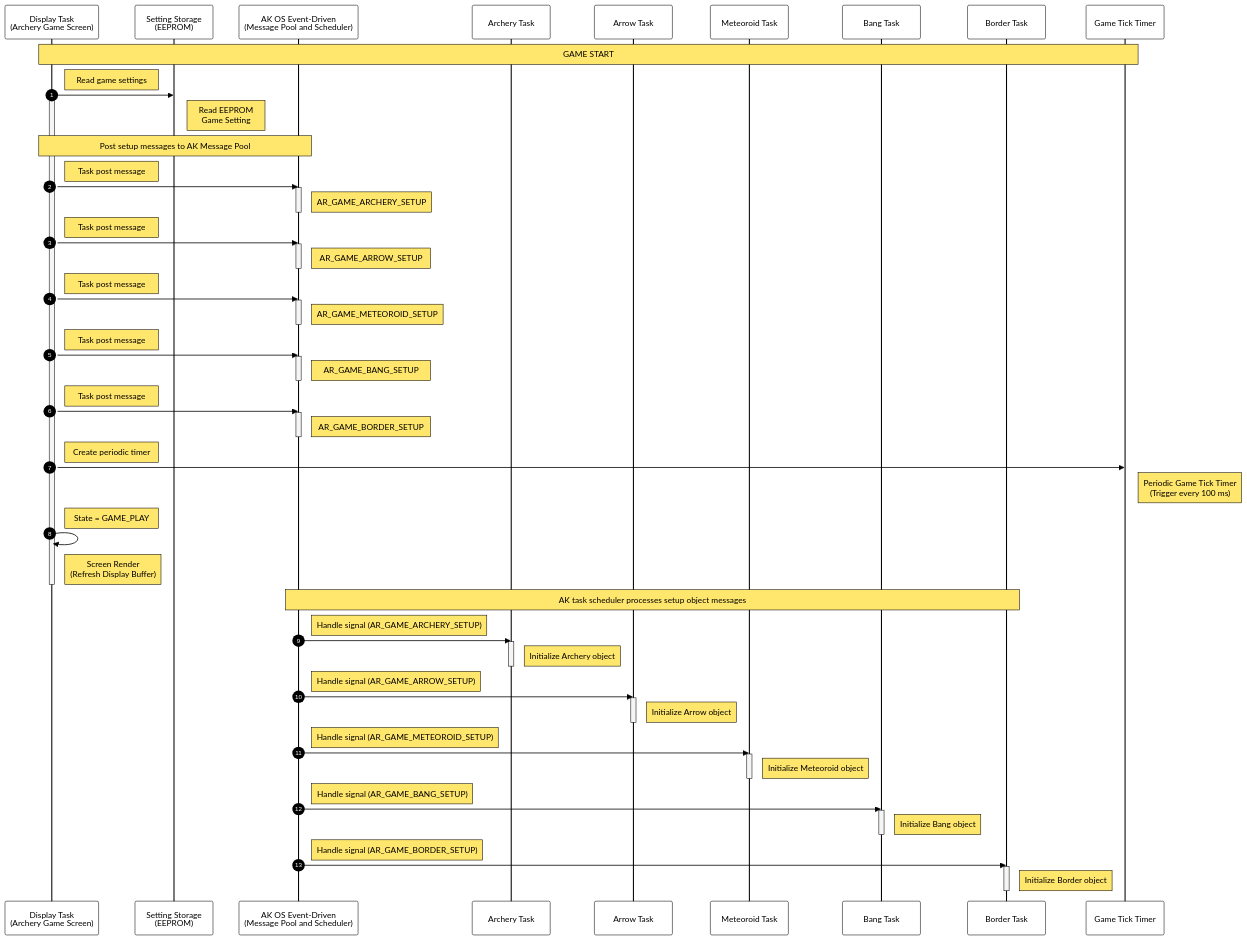
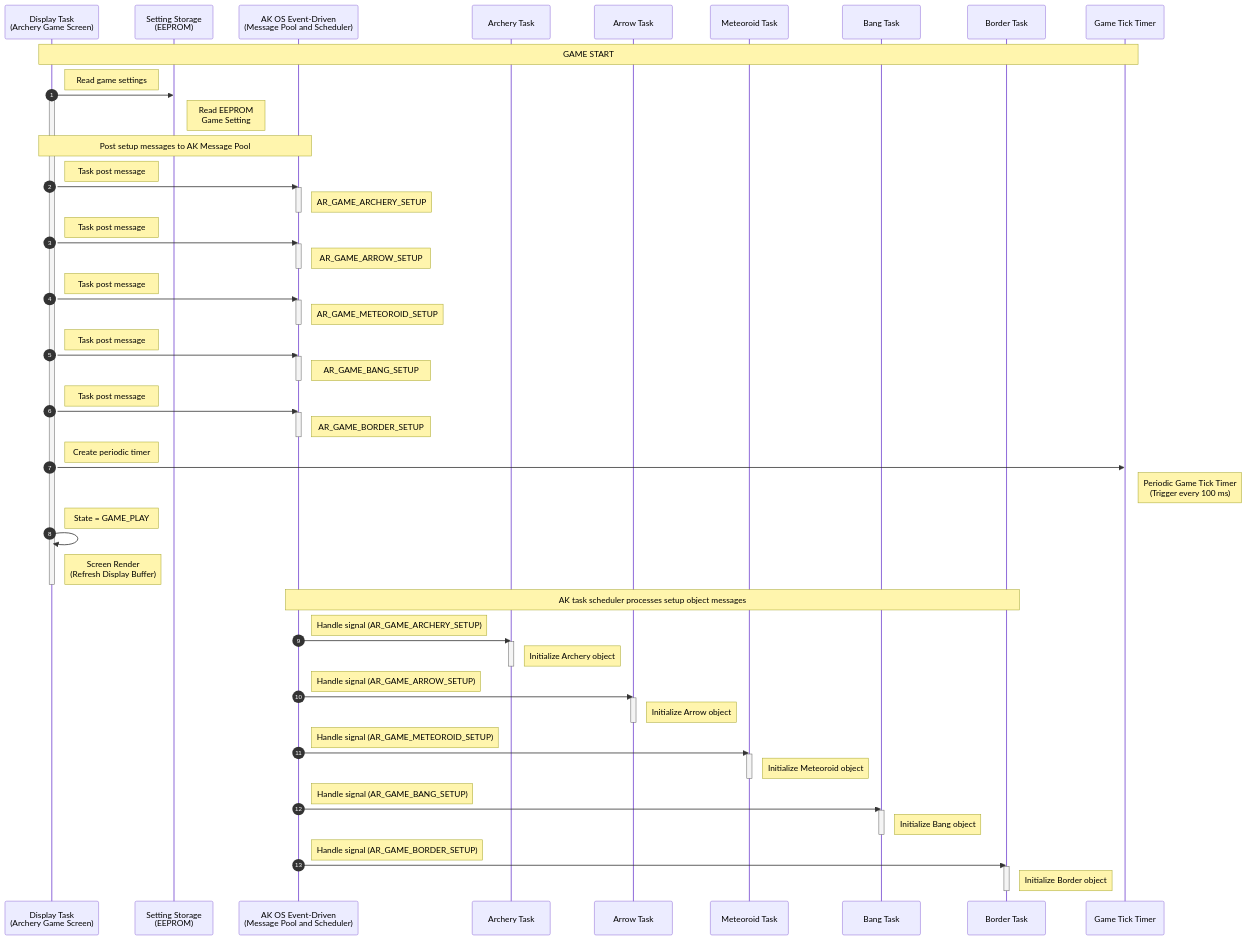
Before and after one commit to QuocBuu/archery_game: the first of 3 diagrams in docs/runtime-signal-processing.md, drawn with Mermaid. The commit also changed other lines of this file, not shown here.

Commit message:
[ADD] Update runtime-signal-processing.md

````diff
--- a/docs/runtime-signal-processing.md
+++ b/docs/runtime-signal-processing.md
@@ -44,34 +44,4 @@
 ```mermaid
-%%{
-  init: {
-    "theme": "base",
-    "themeVariables": {
-      "background": "#ffffff",
-      "primaryColor": "#ffffff",
-      "primaryTextColor": "#000000",
-      "primaryBorderColor": "#000000",
-      "secondaryColor": "#ffffff",
-      "secondaryTextColor": "#000000",
-      "secondaryBorderColor": "#000000",
-      "tertiaryColor": "#fff8b3",
-      "lineColor": "#000000",
-      "textColor": "#000000",
-      "noteBkgColor": "#ffe66d",
-      "noteTextColor": "#000000",
-      "noteBorderColor": "#000000",
-      "actorBorder": "#000000",
-      "actorBkg": "#ffffff",
-      "actorTextColor": "#000000",
-      "labelBoxBkgColor": "#ffffff",
-      "labelBoxBorderColor": "#000000",
-      "labelTextColor": "#000000",
-      "signalColor": "#000000",
-      "signalTextColor": "#000000",
-      "activationBorderColor": "#000000",
-      "activationBkgColor": "#f5f5f5"
-    }
-  }
-}%%
 sequenceDiagram
     autonumber
 
````
